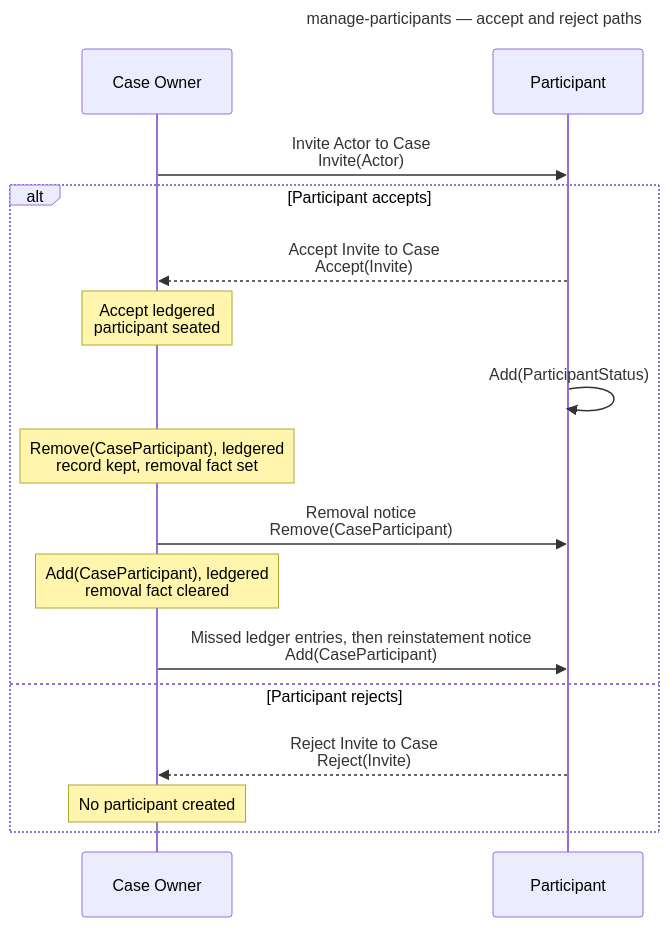
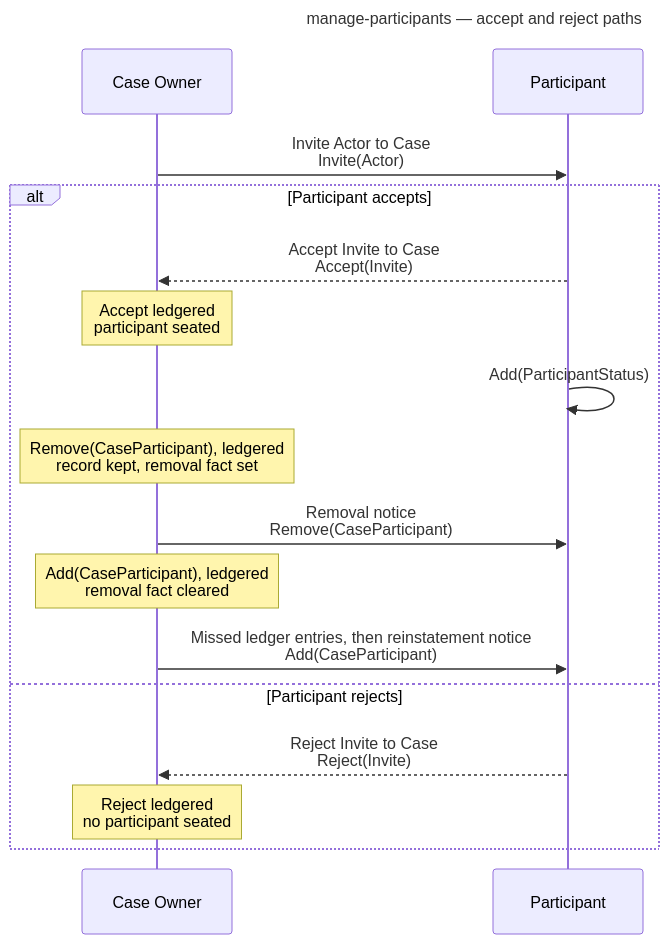
Before and after one commit to CERTCC/Vultron: the third of 9 diagrams in docs/tutorials/other_demos.md, drawn with Mermaid. The commit also changed other lines of this file and 26 other files, not shown here.

````diff
--- a/docs/tutorials/other_demos.md
+++ b/docs/tutorials/other_demos.md
@@ -159,22 +161,22 @@
 ```mermaid
 ---
 title: manage-participants — accept and reject paths
 ---
 sequenceDiagram
     participant O as Case Owner
     participant P as Participant
 
     O->>P: Invite Actor to Case<br/>Invite(Actor)
     alt Participant accepts
         P-->>O: Accept Invite to Case<br/>Accept(Invite)
         Note over O: Accept ledgered<br/>participant seated
         P->>P: Add(ParticipantStatus)
         Note over O: Remove(CaseParticipant), ledgered<br/>record kept, removal fact set
         O->>P: Removal notice<br/>Remove(CaseParticipant)
         Note over O: Add(CaseParticipant), ledgered<br/>removal fact cleared
         O->>P: Missed ledger entries, then reinstatement notice<br/>Add(CaseParticipant)
     else Participant rejects
         P-->>O: Reject Invite to Case<br/>Reject(Invite)
-        Note over O: No participant created
+        Note over O: Reject ledgered<br/>no participant seated
     end
 ```
````
